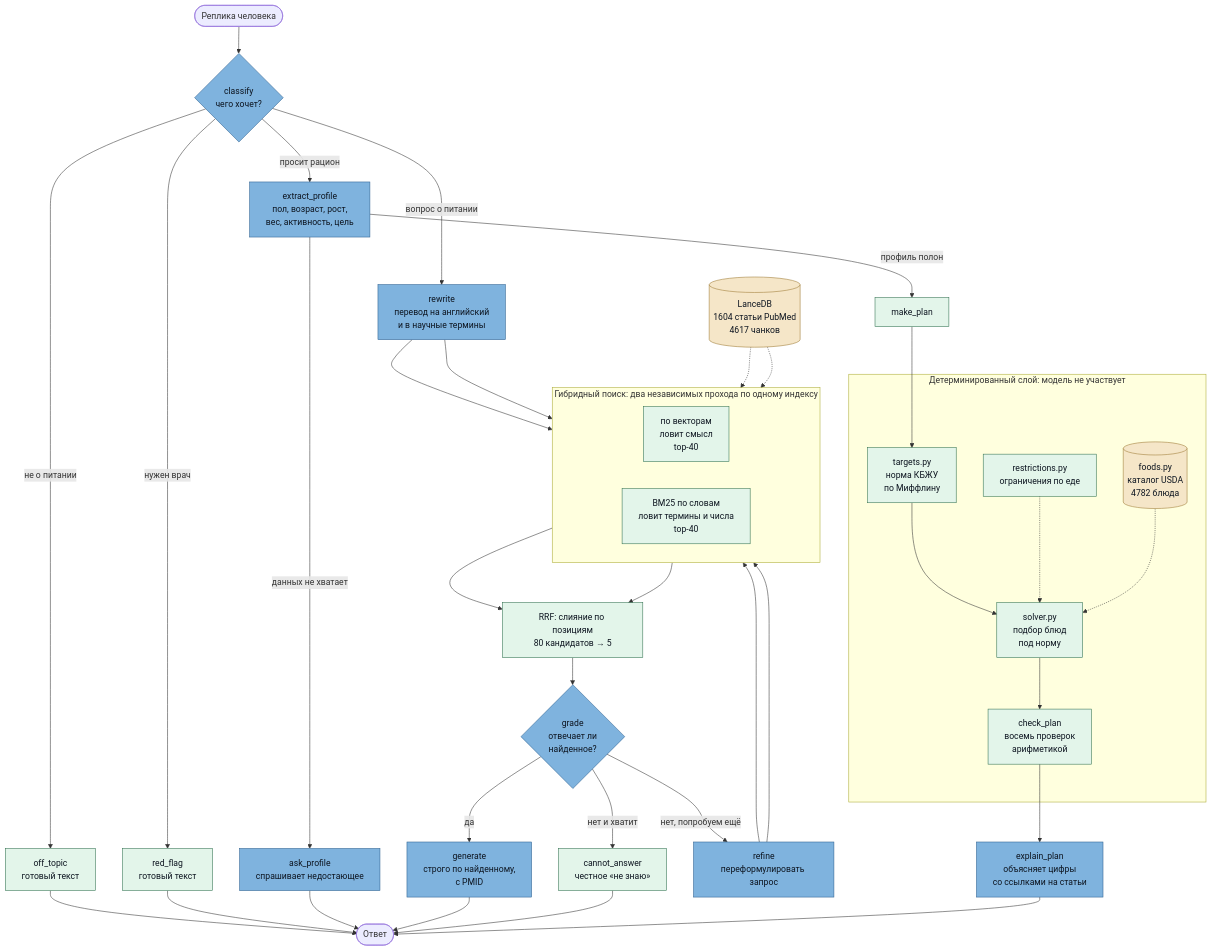
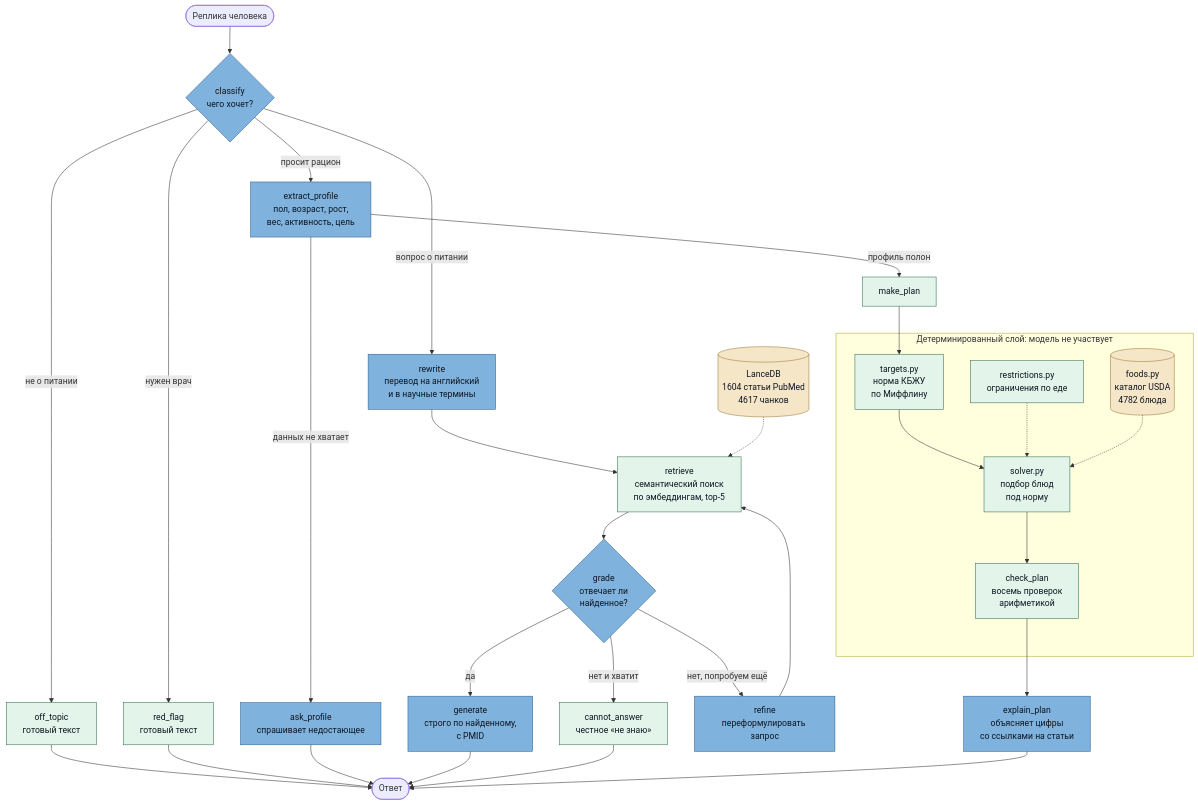
One commit to Lutichek/Nutrition-agent changed the diagram in README.md. Above: the diagram before and after it, drawn with Mermaid. The commit also changed other lines of this file and 10 other files, not shown here.

First line of the commit message:
Гибридный поиск выключен: BM25 мерено вредит выдаче

````diff
--- a/README.md
+++ b/README.md
@@ -42,48 +42,36 @@
 ```mermaid
 flowchart TD
     Q([Реплика человека]) --> C{classify<br/>чего хочет?}:::llm
 
     C -->|не о питании| OT[off_topic<br/>готовый текст]:::code --> E([Ответ])
     C -->|нужен врач| RF[red_flag<br/>готовый текст]:::code --> E
 
     C -->|просит рацион| EP[extract_profile<br/>пол, возраст, рост,<br/>вес, активность, цель]:::llm
     EP -->|данных не хватает| AP[ask_profile<br/>спрашивает недостающее]:::llm --> E
     EP -->|профиль полон| MP[make_plan]:::code
 
     C -->|вопрос о питании| RW[rewrite<br/>перевод на английский<br/>и в научные термины]:::llm
 
-    subgraph HYB [Гибридный поиск: два независимых прохода по одному индексу]
-        direction LR
-        DS[по векторам<br/>ловит смысл<br/>top-40]:::code
-        BM[BM25 по словам<br/>ловит термины и числа<br/>top-40]:::code
-    end
+    RW --> DS[retrieve<br/>семантический поиск<br/>по эмбеддингам, top-5]:::code
+    KB[(LanceDB<br/>1604 статьи PubMed<br/>4617 чанков)]:::store -.-> DS
 
-    RW --> DS
-    RW --> BM
-    KB[(LanceDB<br/>1604 статьи PubMed<br/>4617 чанков)]:::store -.-> DS
-    KB -.-> BM
-
-    DS --> RRF[RRF: слияние по позициям<br/>80 кандидатов → 5]:::code
-    BM --> RRF
-
-    RRF --> G{grade<br/>отвечает ли<br/>найденное?}:::llm
+    DS --> G{grade<br/>отвечает ли<br/>найденное?}:::llm
     G -->|да| GEN[generate<br/>строго по найденному,<br/>с PMID]:::llm --> E
     G -->|нет и хватит| CA[cannot_answer<br/>честное «не знаю»]:::code --> E
     G -->|нет, попробуем ещё| RFN[refine<br/>переформулировать запрос]:::llm
     RFN --> DS
-    RFN --> BM
 
     subgraph DET [Детерминированный слой: модель не участвует]
         T[targets.py<br/>норма КБЖУ<br/>по Миффлину]:::code --> S[solver.py<br/>подбор блюд<br/>под норму]:::code
         R[restrictions.py<br/>ограничения по еде]:::code -.-> S
         F[(foods.py<br/>каталог USDA<br/>4782 блюда)]:::store -.-> S
         S --> CH[check_plan<br/>восемь проверок<br/>арифметикой]:::code
     end
 
     MP --> T
     CH --> XP[explain_plan<br/>объясняет цифры<br/>со ссылками на статьи]:::llm --> E
 
     classDef llm fill:#7fb3de,stroke:#2c5f8f,color:#0d1520
     classDef code fill:#e3f5ea,stroke:#2f6f4e,color:#0d1520
     classDef store fill:#f5e6c8,stroke:#9c7a33,color:#0d1520
 ```
````
